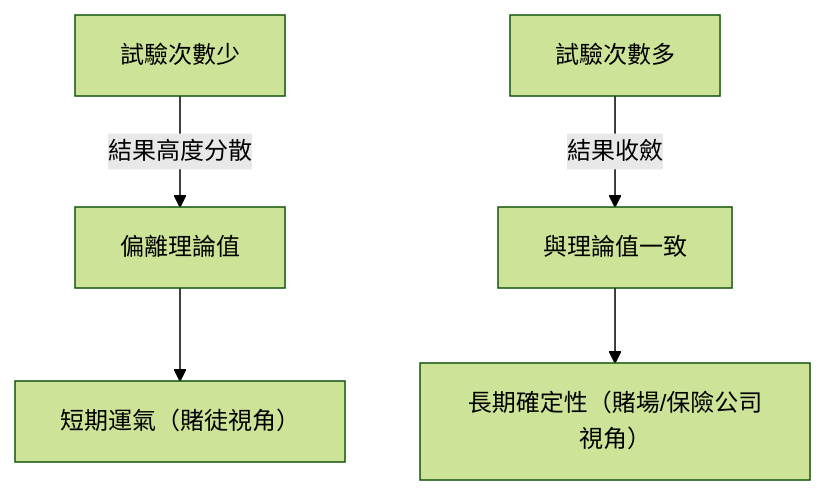
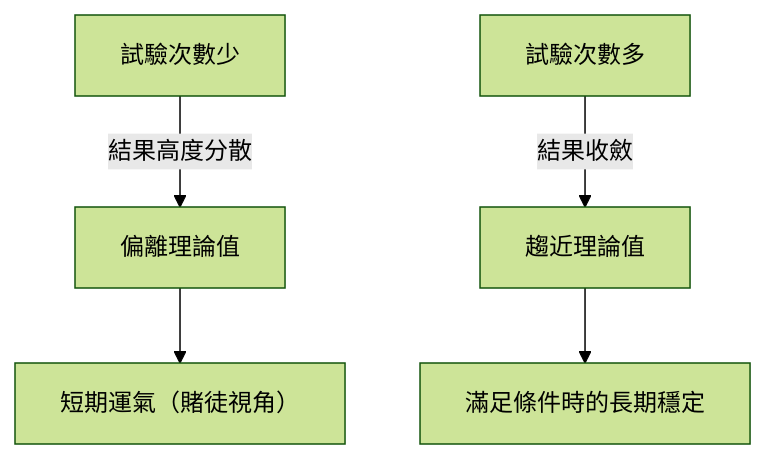
One commit to kenjinote/blog changed the first of 2 diagrams in content/post/law-of-large-numbers/index.zh-tw.md. Above: the diagram before and after it, drawn with Mermaid (forest theme). The commit also changed other lines of this file and 12 other files, not shown here.

````diff
--- a/content/post/law-of-large-numbers/index.zh-tw.md
+++ b/content/post/law-of-large-numbers/index.zh-tw.md
@@ -30,7 +30,7 @@
 ```mermaid
 graph TD
     A["試驗次數少"] -->|"結果高度分散"| B["偏離理論值"]
-    C["試驗次數多"] -->|"結果收斂"| D["與理論值一致"]
+    C["試驗次數多"] -->|"結果收斂"| D["趨近理論值"]
     B --> E["短期運氣（賭徒視角）"]
-    D --> F["長期確定性（賭場/保險公司視角）"]
+    D --> F["滿足條件時的長期穩定"]
 ```
````
